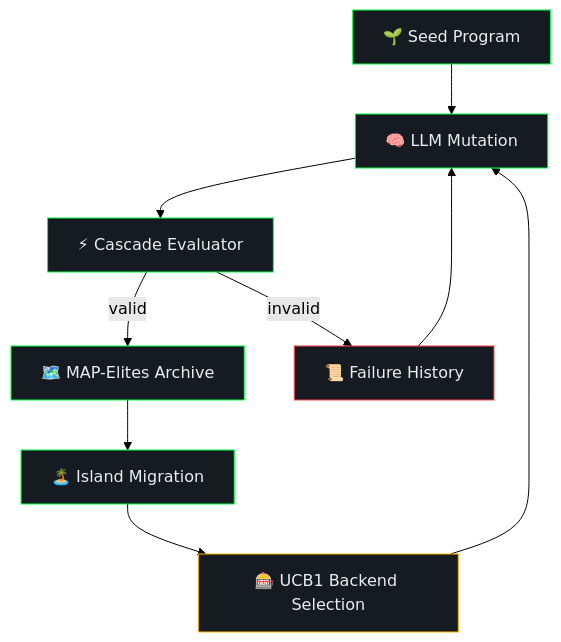
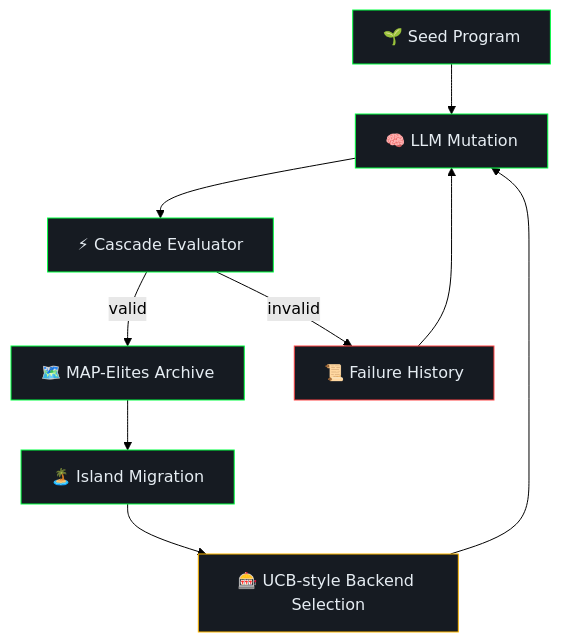
The diagram in README.md (LibreEvolve/libreevolve), drawn with Mermaid (forest theme) before and after one commit. The commit also changed other lines of this file and 12 other files, not shown here.

````diff
--- a/README.md
+++ b/README.md
@@ -141,19 +141,19 @@
 ```mermaid
 graph TD
     A[🌱 Seed Program] --> B[🧠 LLM Mutation]
     B --> C[⚡ Cascade Evaluator]
     C -->|valid| D[🗺️ MAP-Elites Archive]
     C -->|invalid| E[📜 Failure History]
     E --> B
     D --> F[🏝️ Island Migration]
-    F --> G[🎰 UCB1 Backend Selection]
+    F --> G[🎰 UCB-style Backend Selection]
     G --> B
 
     style A fill:#161B22,stroke:#00FF41,color:#E6EDF3
     style B fill:#161B22,stroke:#00FF41,color:#E6EDF3
     style C fill:#161B22,stroke:#00FF41,color:#E6EDF3
     style D fill:#161B22,stroke:#00FF41,color:#E6EDF3
     style E fill:#161B22,stroke:#FF4444,color:#E6EDF3
     style F fill:#161B22,stroke:#00FF41,color:#E6EDF3
     style G fill:#161B22,stroke:#FFB800,color:#E6EDF3
 ```
````
